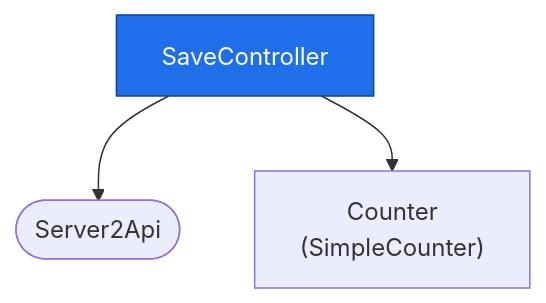
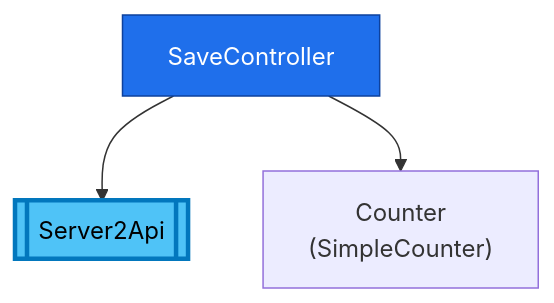
One commit to deanhiller/webpieces-ts changed the second of 3 diagrams in apps/app-example/client-server/design.md. Above: the diagram before and after it, drawn with Mermaid. The commit also changed 33 other files, not shown here.

````diff
--- a/apps/app-example/client-server/design.md
+++ b/apps/app-example/client-server/design.md
@@ -27,15 +27,15 @@
 ```mermaid
 graph TD
     SaveController["SaveController"]:::controller
-    Server2Api(["Server2Api"])
+    Server2Api[["Server2Api"]]:::api
     SimpleCounter["Counter<br/>(SimpleCounter)"]
     SaveController --> Server2Api
     SaveController --> SimpleCounter
     classDef controller fill:#1f6feb,color:#ffffff,stroke:#0d419d
     classDef apiImpl fill:#0d9488,color:#ffffff,stroke:#0f766e
     classDef component fill:#2da44e,color:#ffffff,stroke:#1a7f37
     classDef unresolved fill:#f0ad4e,color:#000000,stroke:#b8860b,stroke-dasharray: 5 5
     classDef external fill:#b39ddb,color:#000000,stroke:#5e35b1,stroke-width:3px
     classDef api fill:#4fc3f7,color:#000000,stroke:#0277bd,stroke-width:3px
     classDef many fill:#eceff1,color:#000000,stroke:#546e7a,stroke-width:2px,stroke-dasharray: 4 2
 ```
````
